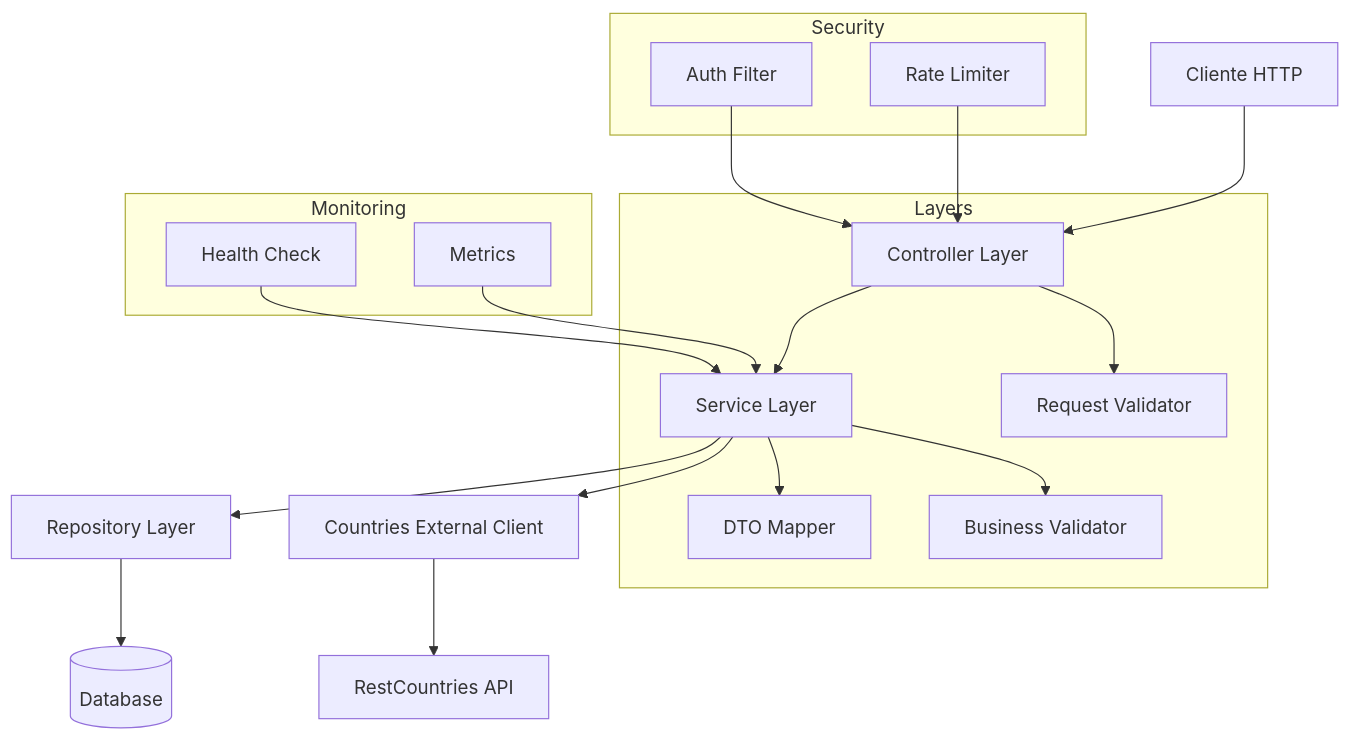
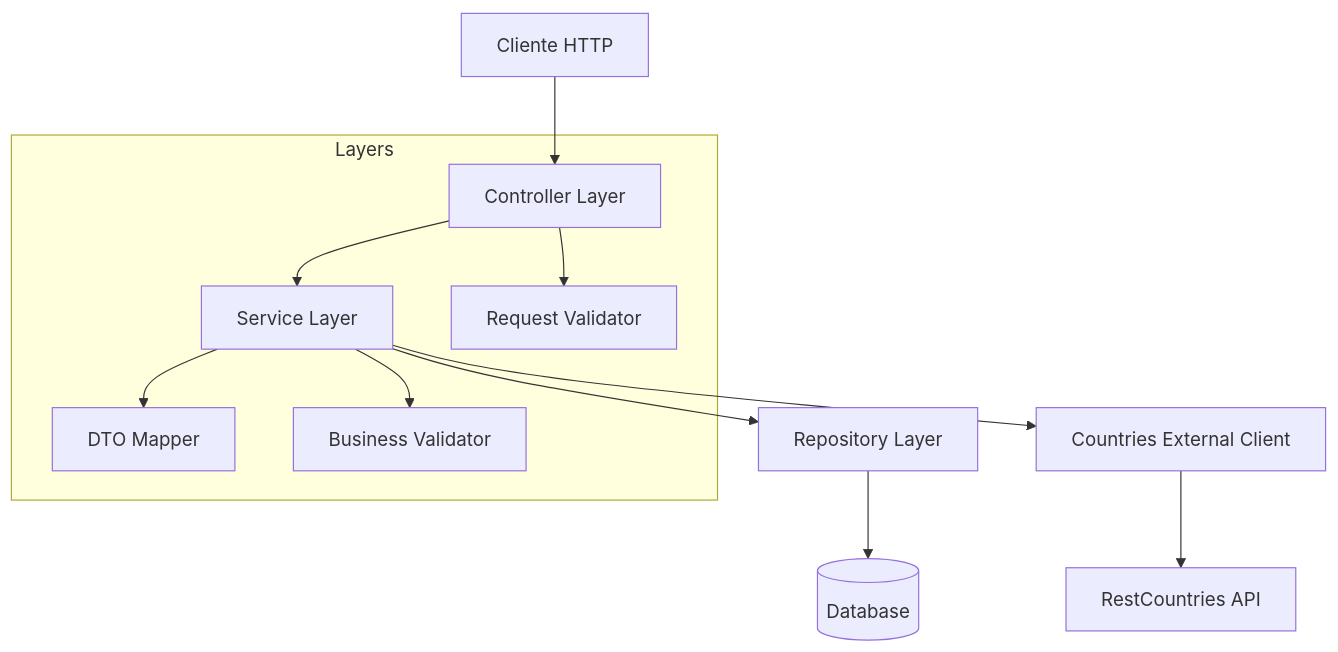
The first of 3 diagrams in README.md (bryandejesusrt/restfull-api-clients), drawn with Mermaid before and after one commit. The commit also changed other lines of this file and 14 other files, not shown here.

````diff
--- a/README.md
+++ b/README.md
@@ -47,47 +48,29 @@
 ```mermaid
 
 graph TB
 
 Client[Cliente HTTP] --> Controller[Controller Layer]
 
 Controller --> Service[Service Layer]
 
 Service --> Repository[Repository Layer]
 
 Service --> CountryClient[Countries External Client]
 
 Repository --> Database[(Database)]
 
 CountryClient --> RestCountries[RestCountries API]
 
 subgraph Layers
 
 Controller --> RequestValidator[Request Validator]
 
 Service --> DTOMapper[DTO Mapper]
 
 Service --> BusinessValidator[Business Validator]
 
 end
 
-  
 
-subgraph Security
-
-AuthFilter[Auth Filter] --> Controller
-
-RateLimiter[Rate Limiter] --> Controller
-
-end
-
-  
-
-subgraph Monitoring
-
-HealthCheck[Health Check] --> Service
-
-Metrics[Metrics] --> Service
-
-end
 
 ```
````
